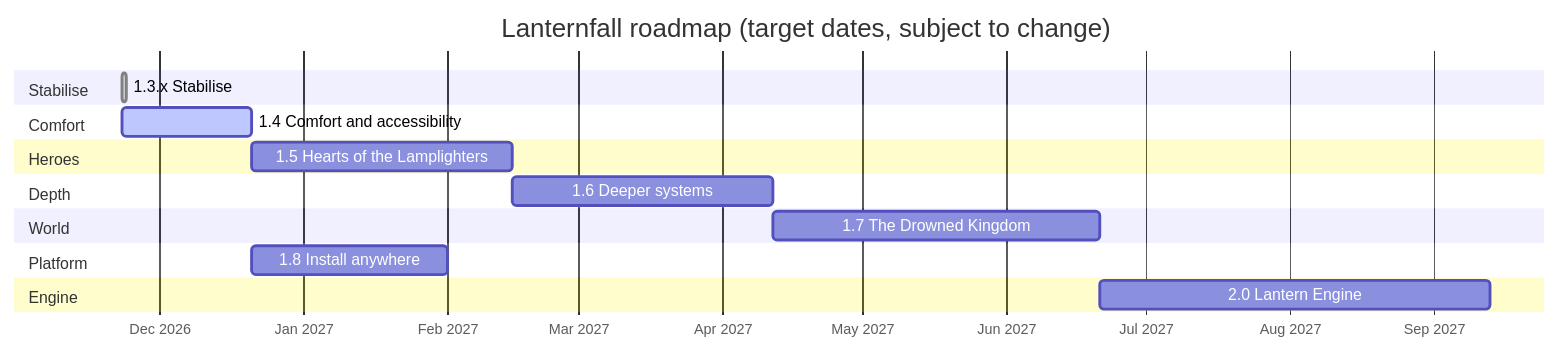
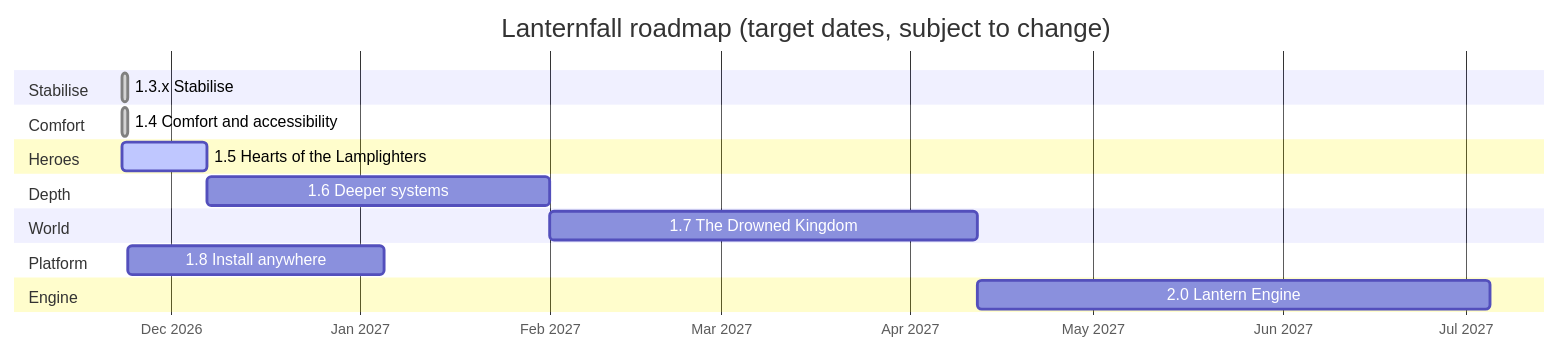
Before and after one commit to CptNope/Laternfall: the third of 11 diagrams in ROADMAP.md, drawn with Mermaid. The commit also changed other lines of this file and 26 other files, not shown here.

````diff
--- a/ROADMAP.md
+++ b/ROADMAP.md
@@ -93,20 +93,20 @@
 ```mermaid
 gantt
     title Lanternfall roadmap (target dates, subject to change)
     dateFormat YYYY-MM-DD
     axisFormat %b %Y
     section Stabilise
     1.3.x Stabilise                  :done, m13, 2026-11-23, 1d
     section Comfort
-    1.4 Comfort and accessibility    :active, m14, 2026-11-23, 4w
+    1.4 Comfort and accessibility    :done, m14, 2026-11-23, 1d
     section Heroes
-    1.5 Hearts of the Lamplighters   :m15, after m14, 8w
+    1.5 Hearts of the Lamplighters   :active, m15, 2026-11-23, 2w
     section Depth
     1.6 Deeper systems               :m16, after m15, 8w
     section World
     1.7 The Drowned Kingdom          :m17, after m16, 10w
     section Platform
     1.8 Install anywhere             :m18, after m14, 6w
     section Engine
     2.0 Lantern Engine               :m20, after m17, 12w
 ```
````
